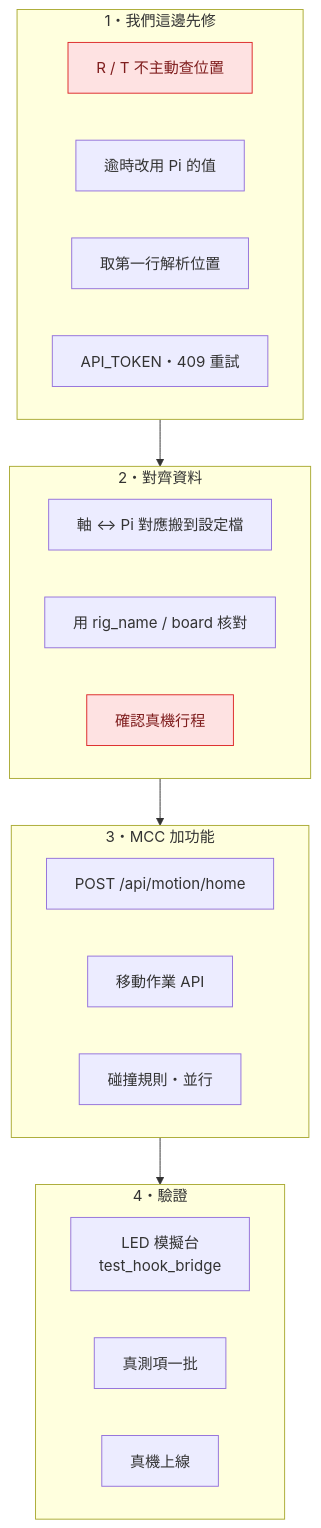
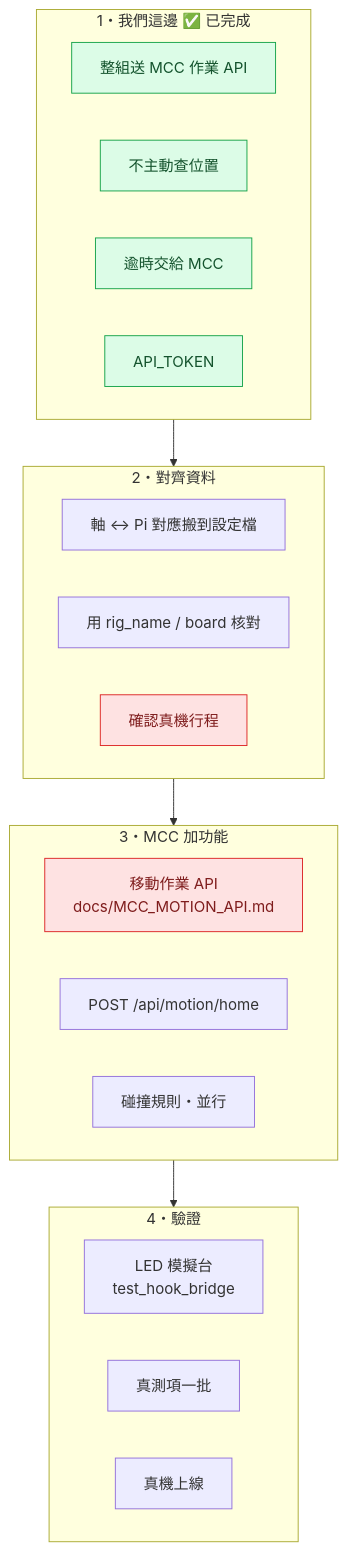
One commit to frank931023/ACQUA-Automation changed the diagram in docs/diagrams/13_roadmap.mmd. Above: the diagram before and after it, drawn with Mermaid. The commit also changed 56 other files, not shown here.

First line of the commit message:
feat: Implement MCC Motion API and add fake MCC for testing

```diff
--- a/docs/diagrams/13_roadmap.mmd
+++ b/docs/diagrams/13_roadmap.mmd
@@ -1,31 +1,33 @@
 %% 接上真機的建議順序
 flowchart TB
-    subgraph S1["1・我們這邊先修"]
+    subgraph S1["1・我們這邊 ✅ 已完成"]
         direction LR
-        a1["R / T 不主動查位置"]
-        a2["逾時改用 Pi 的值"]
-        a3["取第一行解析位置"]
-        a4["API_TOKEN・409 重試"]
+        a1["整組送 MCC 作業 API"]
+        a2["不主動查位置"]
+        a3["逾時交給 MCC"]
+        a4["API_TOKEN"]
     end
     subgraph S2["2・對齊資料"]
         direction LR
         b1["軸 ↔ Pi 對應搬到設定檔"]
         b2["用 rig_name / board 核對"]
         b3["確認真機行程"]
     end
     subgraph S3["3・MCC 加功能"]
         direction LR
+        c2["移動作業 API<br/>docs/MCC_MOTION_API.md"]
         c1["POST /api/motion/home"]
-        c2["移動作業 API"]
         c3["碰撞規則・並行"]
     end
     subgraph S4["4・驗證"]
         direction LR
         d1["LED 模擬台<br/>test_hook_bridge"]
         d2["真測項一批"]
         d3["真機上線"]
     end
     S1 --> S2 --> S3 --> S4
 
     classDef red fill:#fee2e2,stroke:#dc2626,color:#7f1d1d
-    class a1,b3 red
+    classDef done fill:#dcfce7,stroke:#16a34a,color:#14532d
+    class b3,c2 red
+    class a1,a2,a3,a4 done
```
